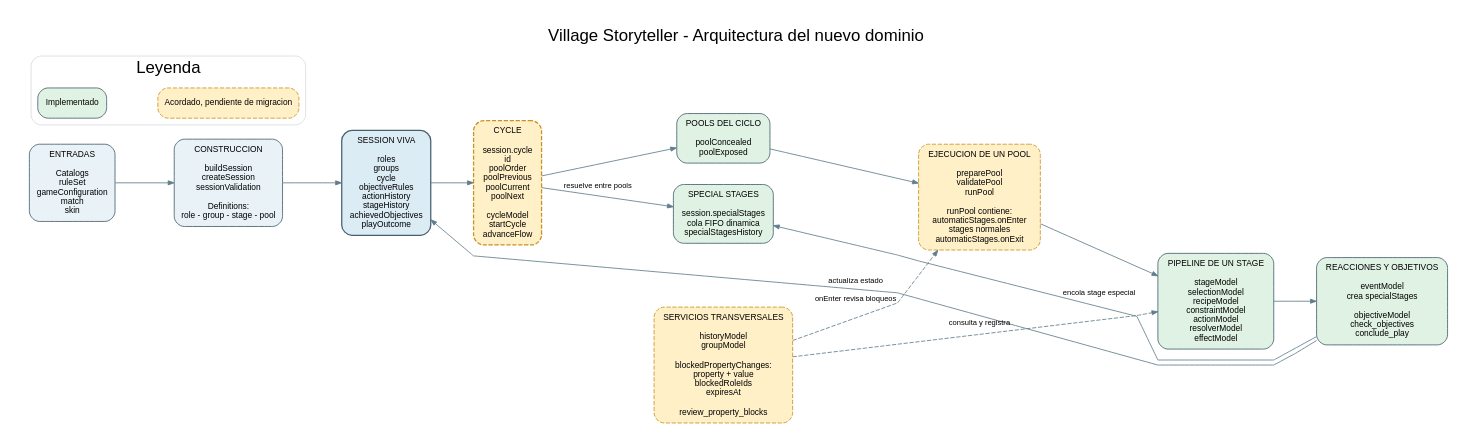
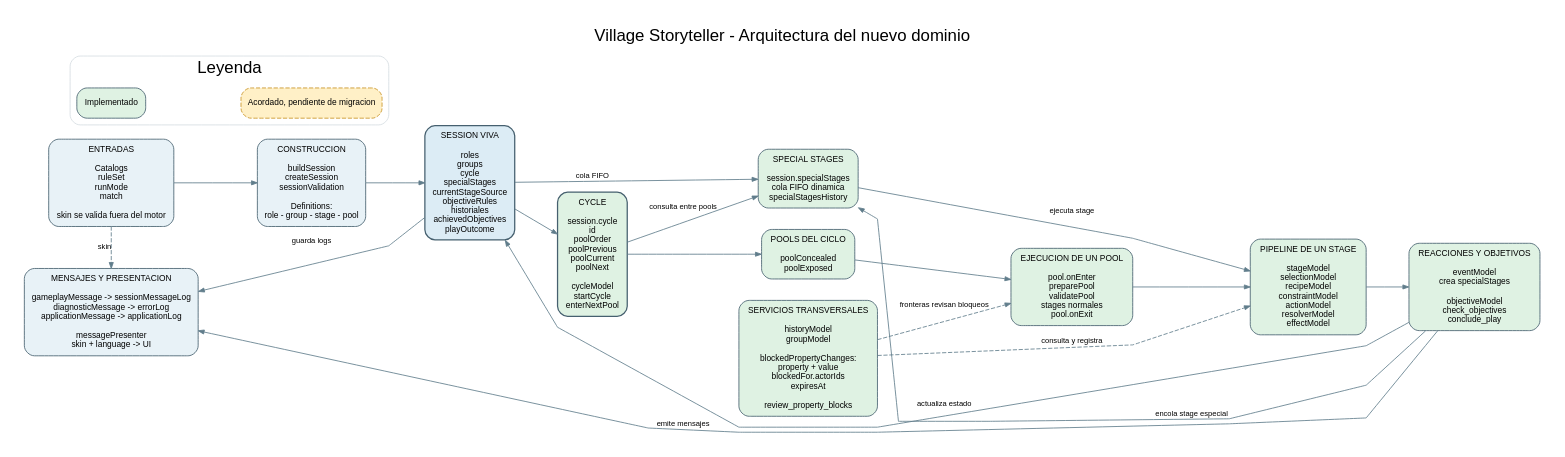
One commit to juanramonmorandeira/castronegro-director changed the diagram in docs/domain_architecture.dot. Above: the diagram before and after it, drawn with Graphviz. The commit also changed 63 other files, not shown here.

```diff
--- a/docs/domain_architecture.dot
+++ b/docs/domain_architecture.dot
@@ -1,106 +1,110 @@
 digraph DomainArchitecture {
   graph [
     rankdir=LR,
     bgcolor="#ffffff",
     fontname="Arial",
     fontsize=20,
     label="Village Storyteller - Arquitectura del nuevo dominio",
     labelloc=t,
     pad=0.3,
     nodesep=0.35,
     ranksep=0.7,
     splines=polyline,
     compound=true
   ];
 
   node [
     shape=box,
     style="rounded,filled",
     fontname="Arial",
     fontsize=10,
     margin="0.14,0.10",
     color="#46606f",
     fillcolor="#dff2e3"
   ];
 
   edge [
     color="#607d8b",
     arrowsize=0.7,
     fontname="Arial",
     fontsize=9
   ];
 
   inputs [
-    label="ENTRADAS\n\nCatalogs\nruleSet\ngameConfiguration\nmatch\nskin",
+    label="ENTRADAS\n\nCatalogs\nruleSet\nrunMode\nmatch\n\nskin se valida fuera del motor",
     fillcolor="#e8f2f7"
   ];
 
   assembly [
     label="CONSTRUCCION\n\nbuildSession\ncreateSession\nsessionValidation\n\nDefinitions:\nrole - group - stage - pool",
     fillcolor="#e8f2f7"
   ];
 
   session [
-    label="SESSION VIVA\n\nroles\ngroups\ncycle\nobjectiveRules\nactionHistory\nstageHistory\nachievedObjectives\nplayOutcome",
+    label="SESSION VIVA\n\nroles\ngroups\ncycle\nspecialStages\ncurrentStageSource\nobjectiveRules\nhistoriales\nachievedObjectives\nplayOutcome",
     fillcolor="#dcecf5",
     penwidth=1.5
   ];
 
   cycle [
-    label="CYCLE\n\nsession.cycle\nid\npoolOrder\npoolPrevious\npoolCurrent\npoolNext\n\ncycleModel\nstartCycle\nadvanceFlow",
-    fillcolor="#fff0c7",
-    style="rounded,filled,dashed",
-    color="#c89223",
+    label="CYCLE\n\nsession.cycle\nid\npoolOrder\npoolPrevious\npoolCurrent\npoolNext\n\ncycleModel\nstartCycle\nenterNextPool",
+    fillcolor="#dff2e3",
     penwidth=1.5
   ];
 
   pools [
     label="POOLS DEL CICLO\n\npoolConcealed\npoolExposed",
     fillcolor="#dff2e3"
   ];
 
   specialStages [
     label="SPECIAL STAGES\n\nsession.specialStages\ncola FIFO dinamica\nspecialStagesHistory",
     fillcolor="#dff2e3"
   ];
 
   poolRuntime [
-    label="EJECUCION DE UN POOL\n\npreparePool\nvalidatePool\nrunPool\n\nrunPool contiene:\nautomaticStages.onEnter\nstages normales\nautomaticStages.onExit",
-    fillcolor="#fff0c7",
-    style="rounded,filled,dashed",
-    color="#c89223"
+    label="EJECUCION DE UN POOL\n\npool.onEnter\npreparePool\nvalidatePool\nstages normales\npool.onExit",
+    fillcolor="#dff2e3"
   ];
 
   stagePipeline [
     label="PIPELINE DE UN STAGE\n\nstageModel\nselectionModel\nrecipeModel\nconstraintModel\nactionModel\nresolverModel\neffectModel",
     fillcolor="#dff2e3"
   ];
 
   reactions [
     label="REACCIONES Y OBJETIVOS\n\neventModel\ncrea specialStages\n\nobjectiveModel\ncheck_objectives\nconclude_play",
     fillcolor="#dff2e3"
   ];
 
   services [
-    label="SERVICIOS TRANSVERSALES\n\nhistoryModel\ngroupModel\n\nblockedPropertyChanges:\nproperty + value\nblockedRoleIds\nexpiresAt\n\nreview_property_blocks",
-    fillcolor="#fff0c7",
-    style="rounded,filled,dashed",
-    color="#c89223"
+    label="SERVICIOS TRANSVERSALES\n\nhistoryModel\ngroupModel\n\nblockedPropertyChanges:\nproperty + value\nblockedFor.actorIds\nexpiresAt\n\nreview_property_blocks",
+    fillcolor="#dff2e3"
+  ];
+
+  messages [
+    label="MENSAJES Y PRESENTACION\n\ngameplayMessage -> sessionMessageLog\ndiagnosticMessage -> errorLog\napplicationMessage -> applicationLog\n\nmessagePresenter\nskin + language -> UI",
+    fillcolor="#e8f2f7"
   ];
 
   inputs -> assembly -> session -> cycle -> pools -> poolRuntime -> stagePipeline -> reactions;
-  cycle -> specialStages [label="resuelve entre pools"];
+  session -> specialStages [label="cola FIFO"];
+  cycle -> specialStages [label="consulta entre pools"];
+  specialStages -> stagePipeline [label="ejecuta stage"];
   reactions -> session [label="actualiza estado", constraint=false];
   reactions -> specialStages [label="encola stage especial", constraint=false];
+  reactions -> messages [label="emite mensajes", constraint=false];
+  session -> messages [label="guarda logs", constraint=false];
+  inputs -> messages [label="skin", style=dashed, constraint=false];
   services -> stagePipeline [label="consulta y registra", style=dashed];
-  services -> poolRuntime [label="onEnter revisa bloqueos", style=dashed];
+  services -> poolRuntime [label="fronteras revisan bloqueos", style=dashed];
 
   subgraph cluster_legend {
     label="Leyenda";
     color="#d5dde2";
     style="rounded";
     implemented [label="Implementado", fillcolor="#dff2e3"];
     agreed [label="Acordado, pendiente de migracion", fillcolor="#fff0c7", style="rounded,filled,dashed", color="#c89223"];
     implemented -> agreed [style=invis];
   }
 }
```
